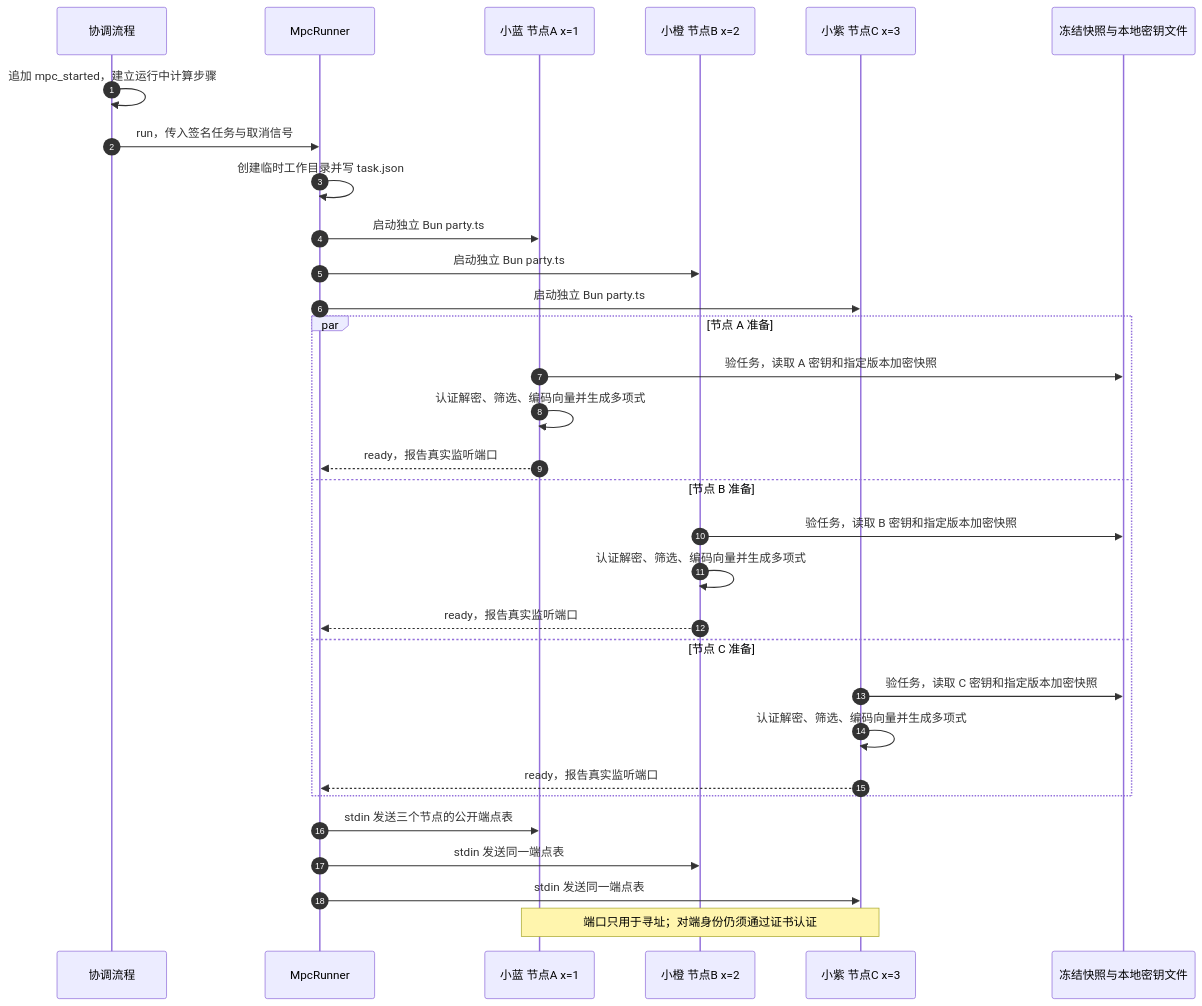
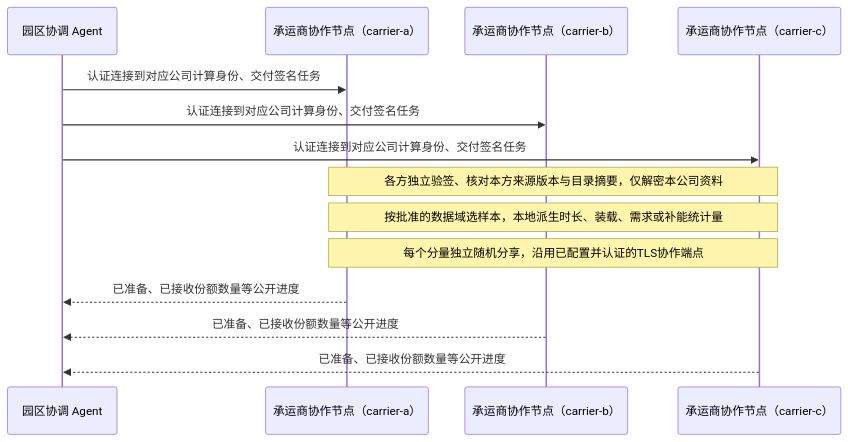
One commit to shutingchai5-ux/vectra-source-0.2.0 changed the fourth of 8 diagrams in project_document.md. Above: the diagram before and after it, drawn with Mermaid. The commit also changed other lines of this file and 622 other files, not shown here.

````diff
--- a/project_document.md
+++ b/project_document.md
@@ -367,33 +182,16 @@
 ```mermaid
 sequenceDiagram
-    autonumber
-    participant S as 协调流程
-    participant R as MpcRunner
-    participant A as 小蓝 节点A x=1
-    participant B as 小橙 节点B x=2
-    participant C as 小紫 节点C x=3
-    participant F as 冻结快照与本地密钥文件
-    S->>S: 追加 mpc_started，建立运行中计算步骤
-    S->>R: run，传入签名任务与取消信号
-    R->>R: 创建临时工作目录并写 task.json
-    R->>A: 启动独立 Bun party.ts
-    R->>B: 启动独立 Bun party.ts
-    R->>C: 启动独立 Bun party.ts
-    par 节点 A 准备
-        A->>F: 验任务，读取 A 密钥和指定版本加密快照
-        A->>A: 认证解密、筛选、编码向量并生成多项式
-        A-->>R: ready，报告真实监听端口
-    and 节点 B 准备
-        B->>F: 验任务，读取 B 密钥和指定版本加密快照
-        B->>B: 认证解密、筛选、编码向量并生成多项式
-        B-->>R: ready，报告真实监听端口
-    and 节点 C 准备
-        C->>F: 验任务，读取 C 密钥和指定版本加密快照
-        C->>C: 认证解密、筛选、编码向量并生成多项式
-        C-->>R: ready，报告真实监听端口
-    end
-    R->>A: stdin 发送三个节点的公开端点表
-    R->>B: stdin 发送同一端点表
-    R->>C: stdin 发送同一端点表
-    Note over A,C: 端口只用于寻址；对端身份仍须通过证书认证
+  participant R as 园区协调 Agent
+  participant A as 承运商协作节点（carrier-a）
+  participant B as 承运商协作节点（carrier-b）
+  participant C as 承运商协作节点（carrier-c）
+  R->>A: 认证连接到对应公司计算身份、交付签名任务
+  R->>B: 认证连接到对应公司计算身份、交付签名任务
+  R->>C: 认证连接到对应公司计算身份、交付签名任务
+  Note over A,C: 各方独立验签、核对本方来源版本与目录摘要，仅解密本公司资料
+  Note over A,C: 按批准的数据域选样本，本地派生时长、装载、需求或补能统计量
+  Note over A,C: 每个分量独立随机分享，沿用已配置并认证的TLS协作端点
+  A-->>R: 已准备、已接收份额数量等公开进度
+  B-->>R: 已准备、已接收份额数量等公开进度
+  C-->>R: 已准备、已接收份额数量等公开进度
 ```
````
